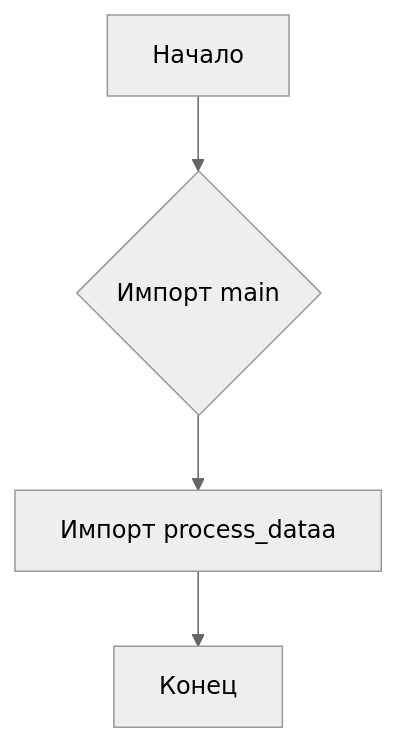
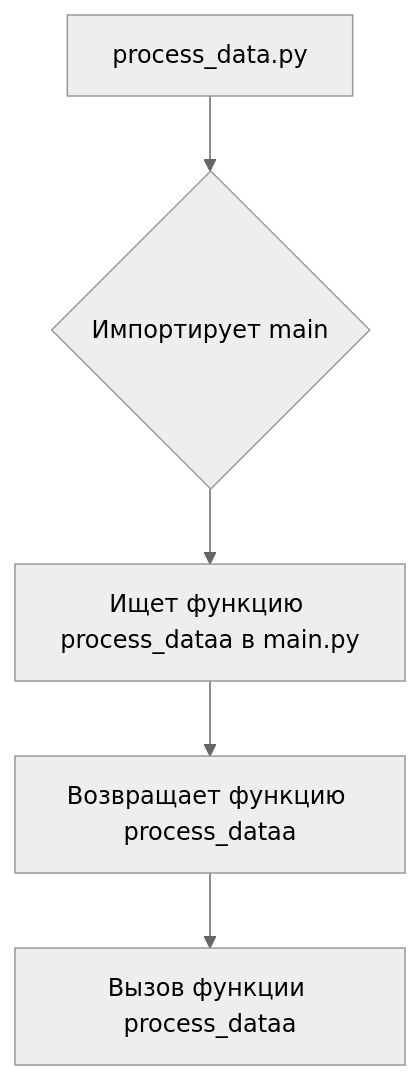
Before and after one commit to hypo69/hypo: the first of 2 diagrams in docs/gemini/ru/explainer/src/fast_api/html/process_data.md, drawn with Mermaid (neutral theme). The commit also changed other lines of this file and 468 other files, not shown here.

````diff
--- a/docs/gemini/ru/explainer/src/fast_api/html/process_data.md
+++ b/docs/gemini/ru/explainer/src/fast_api/html/process_data.md
@@ -56,6 +52,8 @@
 ```mermaid
 graph TD
-    A[Начало] --> B{Импорт main};
-    B --> C[Импорт process_dataa];
-    C --> D[Конец];
+    A[process_data.py] --> B{Импортирует main};
+    B --> C[Ищет функцию process_dataa в main.py];
+    C --> D[Возвращает функцию process_dataa];
+    D --> E[Вызов функции process_dataa];
+    
 ```
````
